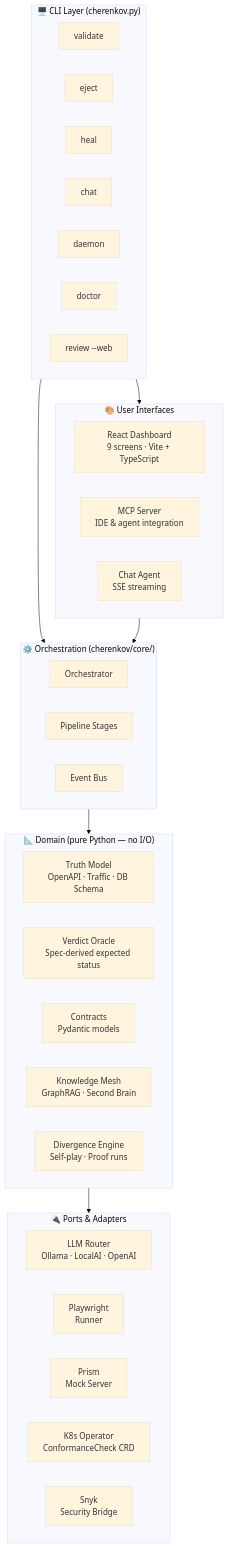
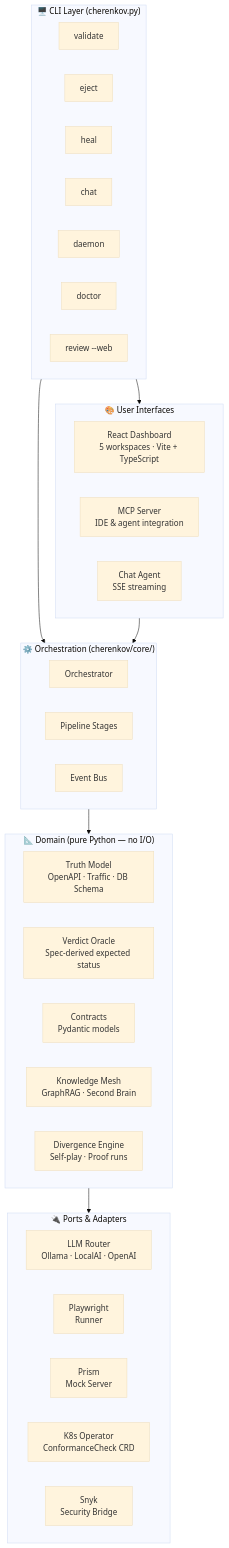
One commit to moaidmoatasem/cherenkov-qa changed the first of 7 diagrams in docs/wiki/Architecture.md. Above: the diagram before and after it, drawn with Mermaid (base theme). The commit also changed 3 other files, not shown here.

````diff
--- a/docs/wiki/Architecture.md
+++ b/docs/wiki/Architecture.md
@@ -11,47 +11,47 @@
 ```mermaid
 graph TB
     subgraph CLI ["🖥️  CLI Layer  (cherenkov.py)"]
         direction LR
         VALIDATE[validate]
         EJECT[eject]
         HEAL[heal]
         CHAT[chat]
         DAEMON[daemon]
         DOCTOR[doctor]
         REVIEW_WEB[review --web]
     end
 
     subgraph ORCH ["⚙️  Orchestration  (cherenkov/core/)"]
         ORC[Orchestrator]
         STAGES[Pipeline Stages]
         EVENTS[Event Bus]
     end
 
     subgraph DOMAIN ["📐  Domain  (pure Python — no I/O)"]
         TRUTH[Truth Model\nOpenAPI · Traffic · DB Schema]
         ORACLE[Verdict Oracle\nSpec-derived expected status]
         CONTRACTS[Contracts\nPydantic models]
         KNOWLEDGE[Knowledge Mesh\nGraphRAG · Second Brain]
         DIVERGENCE[Divergence Engine\nSelf-play · Proof runs]
     end
 
     subgraph ADAPTERS ["🔌  Ports & Adapters"]
         LLM[LLM Router\nOllama · LocalAI · OpenAI]
         PLAYWRIGHT[Playwright\nRunner]
         PRISM[Prism\nMock Server]
         K8S[K8s Operator\nConformanceCheck CRD]
         SNYK[Snyk\nSecurity Bridge]
     end
 
     subgraph INTERFACES ["🎨  User Interfaces"]
-        WEB[React Dashboard\n9 screens · Vite + TypeScript]
+        WEB[React Dashboard\n5 workspaces · Vite + TypeScript]
         MCP_S[MCP Server\nIDE & agent integration]
         CHAT_I[Chat Agent\nSSE streaming]
     end
 
     CLI --> ORCH
     ORCH --> DOMAIN
     DOMAIN --> ADAPTERS
     CLI --> INTERFACES
     INTERFACES --> ORCH
 ```
````
